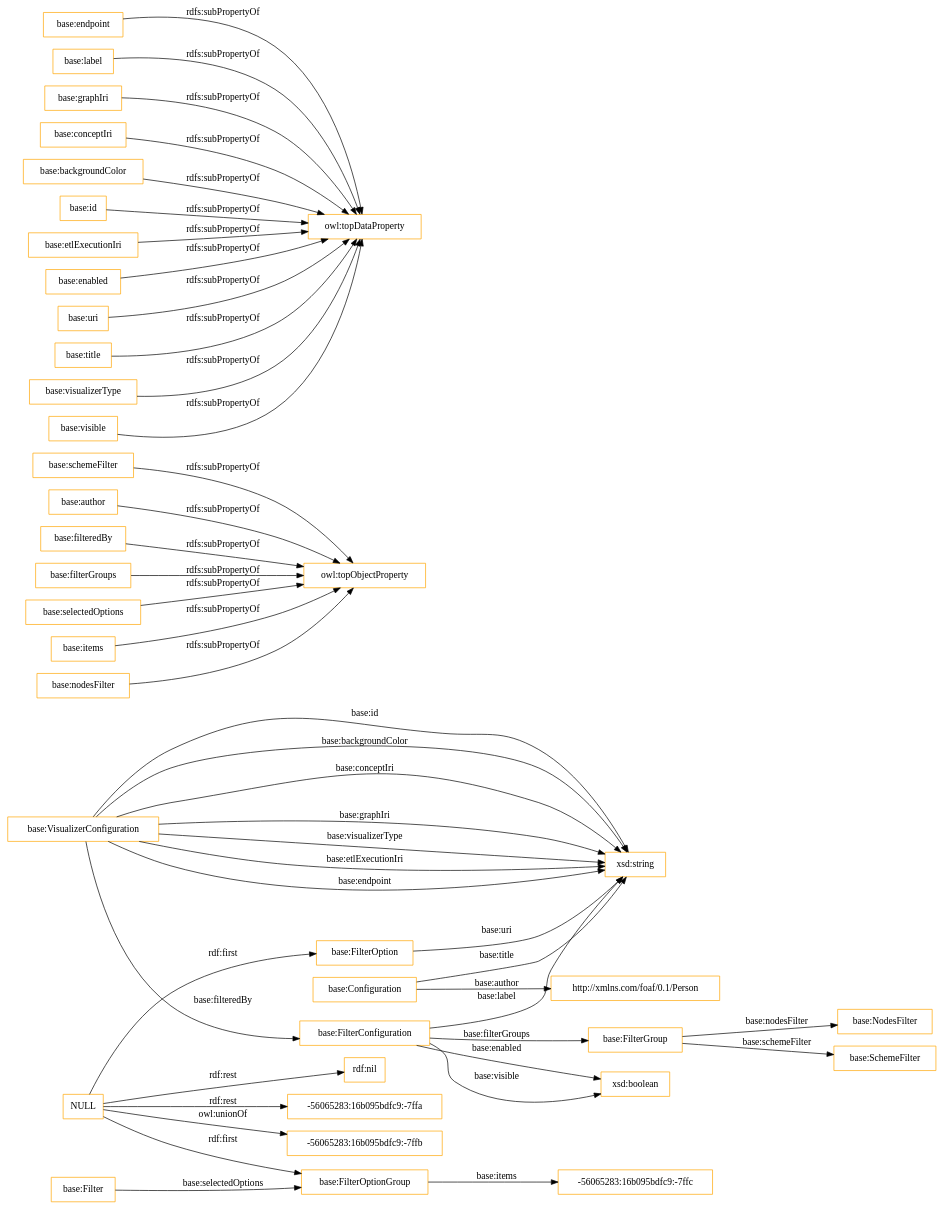
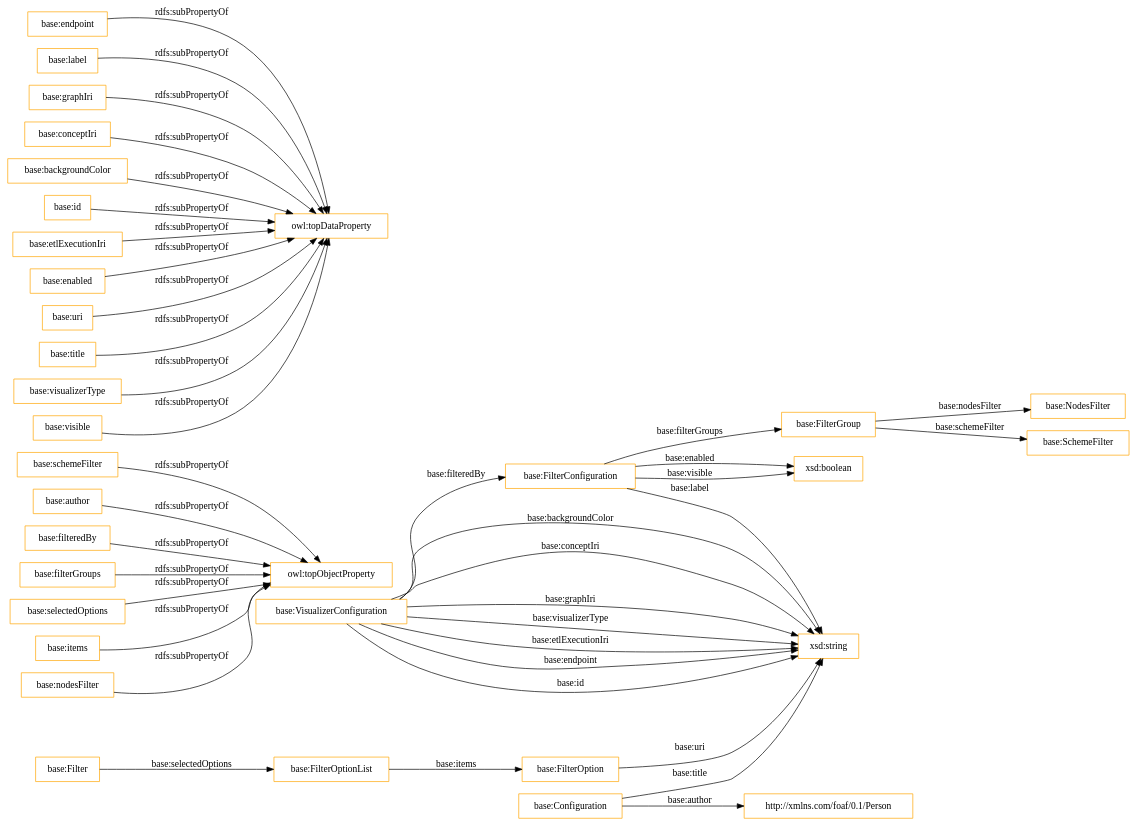
The diagram in OnToology/lpapps.owl/diagrams/ar2dtool-class/lpapps.owl.png.dot (OnToologyUser/linkedpipes_applications_ontology), drawn with Graphviz before and after one commit. The commit also changed 13 other files, not shown here.

```diff
--- a/OnToology/lpapps.owl/diagrams/ar2dtool-class/lpapps.owl.png.dot
+++ b/OnToology/lpapps.owl/diagrams/ar2dtool-class/lpapps.owl.png.dot
@@ -1,49 +1,44 @@
 digraph ar2dtool_diagram { 
 rankdir=LR;
 size="1501"
-node [shape = rectangle, color="orange"]; "base:VisualizerConfiguration" "base:FilterGroup" "base:FilterOption" "base:NodesFilter" "base:FilterOptionGroup" "base:Filter" "-56065283:16b095bdfc9:-7ffc" "base:SchemeFilter" "http://xmlns.com/foaf/0.1/Person" "base:FilterConfiguration" "base:Configuration" ; /*classes style*/
-	"NULL" -> "rdf:nil" [ label = "rdf:rest" ];
-	"NULL" -> "base:FilterOptionGroup" [ label = "rdf:first" ];
-	"NULL" -> "-56065283:16b095bdfc9:-7ffa" [ label = "rdf:rest" ];
-	"NULL" -> "base:FilterOption" [ label = "rdf:first" ];
-	"NULL" -> "-56065283:16b095bdfc9:-7ffb" [ label = "owl:unionOf" ];
+node [shape = rectangle, color="orange"]; "base:VisualizerConfiguration" "base:FilterOptionList" "base:FilterGroup" "base:FilterOption" "base:NodesFilter" "base:Filter" "base:SchemeFilter" "http://xmlns.com/foaf/0.1/Person" "base:FilterConfiguration" "base:Configuration" ; /*classes style*/
 	"base:schemeFilter" -> "owl:topObjectProperty" [ label = "rdfs:subPropertyOf" ];
 	"base:author" -> "owl:topObjectProperty" [ label = "rdfs:subPropertyOf" ];
 	"base:endpoint" -> "owl:topDataProperty" [ label = "rdfs:subPropertyOf" ];
 	"base:label" -> "owl:topDataProperty" [ label = "rdfs:subPropertyOf" ];
 	"base:graphIri" -> "owl:topDataProperty" [ label = "rdfs:subPropertyOf" ];
 	"base:conceptIri" -> "owl:topDataProperty" [ label = "rdfs:subPropertyOf" ];
 	"base:filteredBy" -> "owl:topObjectProperty" [ label = "rdfs:subPropertyOf" ];
 	"base:filterGroups" -> "owl:topObjectProperty" [ label = "rdfs:subPropertyOf" ];
 	"base:selectedOptions" -> "owl:topObjectProperty" [ label = "rdfs:subPropertyOf" ];
 	"base:backgroundColor" -> "owl:topDataProperty" [ label = "rdfs:subPropertyOf" ];
 	"base:id" -> "owl:topDataProperty" [ label = "rdfs:subPropertyOf" ];
 	"base:etlExecutionIri" -> "owl:topDataProperty" [ label = "rdfs:subPropertyOf" ];
 	"base:items" -> "owl:topObjectProperty" [ label = "rdfs:subPropertyOf" ];
 	"base:enabled" -> "owl:topDataProperty" [ label = "rdfs:subPropertyOf" ];
 	"base:uri" -> "owl:topDataProperty" [ label = "rdfs:subPropertyOf" ];
 	"base:nodesFilter" -> "owl:topObjectProperty" [ label = "rdfs:subPropertyOf" ];
 	"base:title" -> "owl:topDataProperty" [ label = "rdfs:subPropertyOf" ];
 	"base:visualizerType" -> "owl:topDataProperty" [ label = "rdfs:subPropertyOf" ];
 	"base:visible" -> "owl:topDataProperty" [ label = "rdfs:subPropertyOf" ];
 	"base:VisualizerConfiguration" -> "base:FilterConfiguration" [ label = "base:filteredBy" ];
 	"base:FilterOption" -> "xsd:string" [ label = "base:uri" ];
 	"base:VisualizerConfiguration" -> "xsd:string" [ label = "base:backgroundColor" ];
 	"base:Configuration" -> "xsd:string" [ label = "base:title" ];
-	"base:FilterOptionGroup" -> "-56065283:16b095bdfc9:-7ffc" [ label = "base:items" ];
+	"base:FilterOptionList" -> "base:FilterOption" [ label = "base:items" ];
 	"base:FilterConfiguration" -> "base:FilterGroup" [ label = "base:filterGroups" ];
 	"base:VisualizerConfiguration" -> "xsd:string" [ label = "base:conceptIri" ];
 	"base:FilterGroup" -> "base:NodesFilter" [ label = "base:nodesFilter" ];
 	"base:FilterConfiguration" -> "xsd:boolean" [ label = "base:enabled" ];
 	"base:FilterGroup" -> "base:SchemeFilter" [ label = "base:schemeFilter" ];
 	"base:VisualizerConfiguration" -> "xsd:string" [ label = "base:graphIri" ];
 	"base:VisualizerConfiguration" -> "xsd:string" [ label = "base:visualizerType" ];
 	"base:VisualizerConfiguration" -> "xsd:string" [ label = "base:etlExecutionIri" ];
 	"base:FilterConfiguration" -> "xsd:string" [ label = "base:label" ];
 	"base:VisualizerConfiguration" -> "xsd:string" [ label = "base:endpoint" ];
 	"base:VisualizerConfiguration" -> "xsd:string" [ label = "base:id" ];
-	"base:Filter" -> "base:FilterOptionGroup" [ label = "base:selectedOptions" ];
+	"base:Filter" -> "base:FilterOptionList" [ label = "base:selectedOptions" ];
 	"base:Configuration" -> "http://xmlns.com/foaf/0.1/Person" [ label = "base:author" ];
 	"base:FilterConfiguration" -> "xsd:boolean" [ label = "base:visible" ];
 
 }
```
